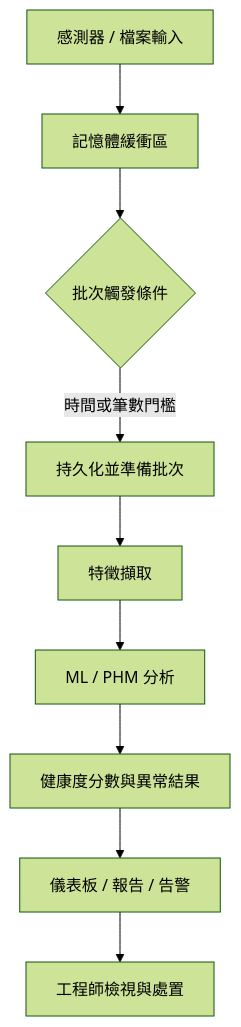
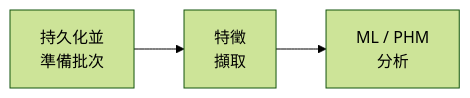
The fourth of 14 diagrams in content/zh-tw/projects/edge-ai-platform-ppt169/index.md (jiejiefu/blog), drawn with Mermaid (forest theme) before and after one commit. The commit also changed other lines of this file and 12 other files, not shown here.

````diff
--- a/content/zh-tw/projects/edge-ai-platform-ppt169/index.md
+++ b/content/zh-tw/projects/edge-ai-platform-ppt169/index.md
@@ -251,11 +204,5 @@
 ```mermaid
-flowchart TD
-    A["感測器 / 檔案輸入"] --> B["記憶體緩衝區"]
-    B --> C{"批次觸發條件"}
-    C -->|"時間或筆數門檻"| D["持久化並準備批次"]
-    D --> E["特徵擷取"]
-    E --> F["ML / PHM 分析"]
-    F --> G["健康度分數與異常結果"]
-    G --> H["儀表板 / 報告 / 告警"]
-    H --> I["工程師檢視與處置"]
+flowchart LR
+    D["持久化並<br/>準備批次"] --> E["特徵<br/>擷取"]
+    E --> F["ML / PHM<br/>分析"]
 ```
````
